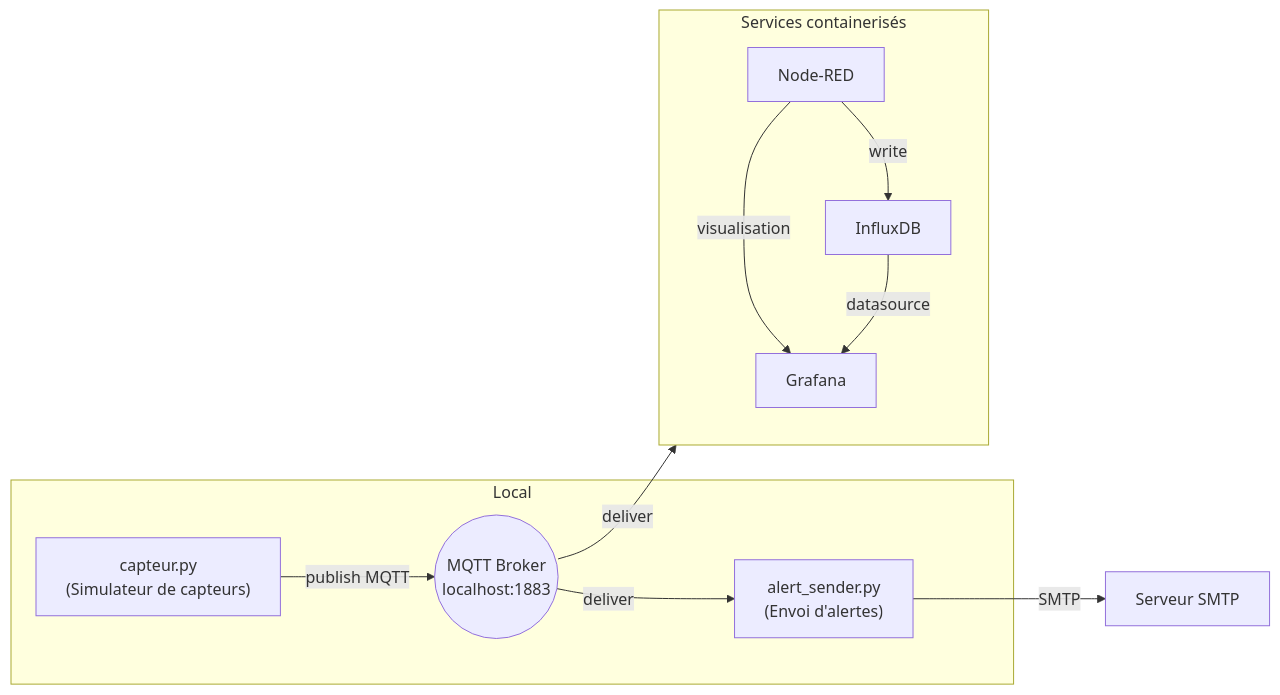
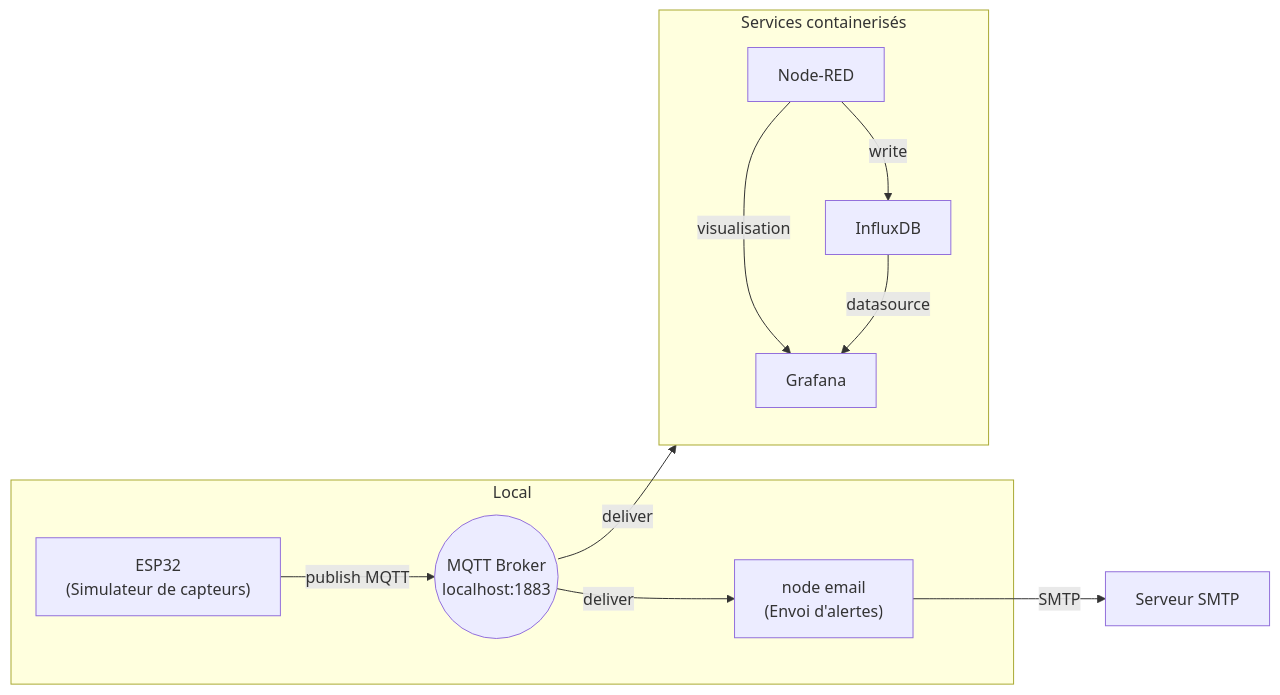
The first of 2 diagrams in README.md (sifeddine-hebbaj/Systeme-d-alerte-pour-catastrophes-naturelles-IoT-virtuel-), drawn with Mermaid before and after one commit. The commit also changed other lines of this file, not shown here.

````diff
--- a/README.md
+++ b/README.md
@@ -98,27 +98,27 @@
 ```mermaid
 flowchart LR
     subgraph Local
-        Capteur["capteur.py<br/> (Simulateur de capteurs)"]
-        Alert["alert_sender.py<br/> (Envoi d'alertes)"]
+        Capteur["ESP32<br/> (Simulateur de capteurs)"]
+        Alert["node email<br/> (Envoi d'alertes)"]
         Broker(("MQTT Broker<br/>localhost:1883"))
     end
 
     subgraph DockerCompose[Services containerisés]
         direction TB
         NodeRED[Node-RED]
         Influx[InfluxDB]
         Grafana[Grafana]
     end
 
     Capteur -->|publish MQTT| Broker
     Broker -->|deliver| Alert
     Broker -->|deliver| NodeRED
     NodeRED -->|write| Influx
     NodeRED -->|visualisation| Grafana
     Influx -->|datasource| Grafana
     Alert -->|SMTP| SMTP[Serveur SMTP]
 
     click NodeRED "http://127.0.0.1:1880/" "Node-RED"
     click Grafana "http://localhost:3000/" "Grafana"
     click Influx "http://localhost:8086/" "InfluxDB"
 ```
````
